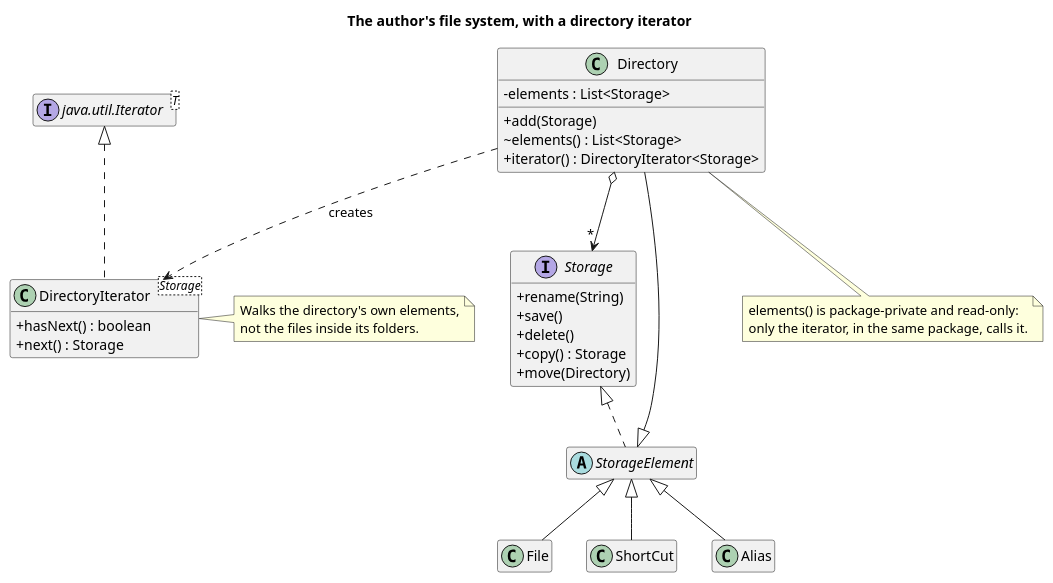
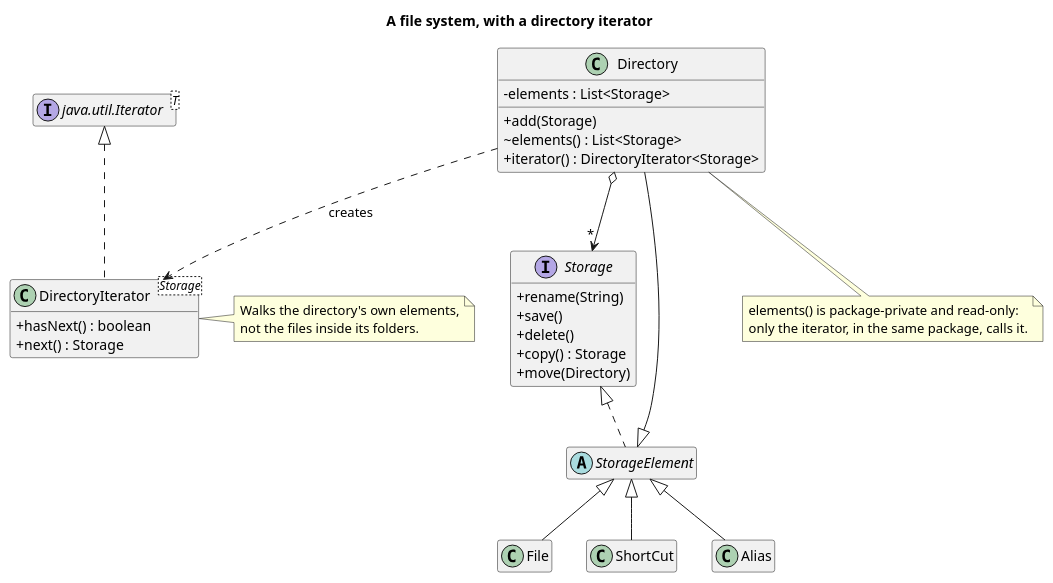
One commit to kaldiroglu/DesignPatternsWithJava changed the diagram in src/main/java/dev/kaldiroglu/dp/behavioral/iterator/fileSystem/uml/Iterator - File System - Class Diagram.puml. Above: the diagram before and after it, drawn with PlantUML. The commit also changed 7 other files, not shown here.

Commit message:
READMEs and a diagram: describe the examples, not "the author's" examples

```diff
--- a/src/main/java/dev/kaldiroglu/dp/behavioral/iterator/fileSystem/uml/Iterator - File System - Class Diagram.puml
+++ b/src/main/java/dev/kaldiroglu/dp/behavioral/iterator/fileSystem/uml/Iterator - File System - Class Diagram.puml
@@ -1,46 +1,46 @@
 @startuml "Iterator - File System - Class Diagram"
 skinparam classAttributeIconSize 0
 hide empty members
-title The author's file system, with a directory iterator
+title A file system, with a directory iterator
 
 interface Storage {
   + rename(String)
   + save()
   + delete()
   + copy() : Storage
   + move(Directory)
 }
 abstract class StorageElement
 class File
 class ShortCut
 class Alias
 class Directory {
   - elements : List<Storage>
   + add(Storage)
   ~ elements() : List<Storage>
   + iterator() : DirectoryIterator<Storage>
 }
 class "DirectoryIterator<Storage>" as DI {
   + hasNext() : boolean
   + next() : Storage
 }
 interface "java.util.Iterator<T>" as JI
 
 Storage <|.. StorageElement
 StorageElement <|-- File
 StorageElement <|-- ShortCut
 StorageElement <|-- Alias
 StorageElement <|-- Directory
 Directory o--> "*" Storage
 JI <|.. DI
 Directory ..> DI : creates
 
 note right of DI
   Walks the directory's own elements,
   not the files inside its folders.
 end note
 note bottom of Directory
   elements() is package-private and read-only:
   only the iterator, in the same package, calls it.
 end note
 @enduml
```
